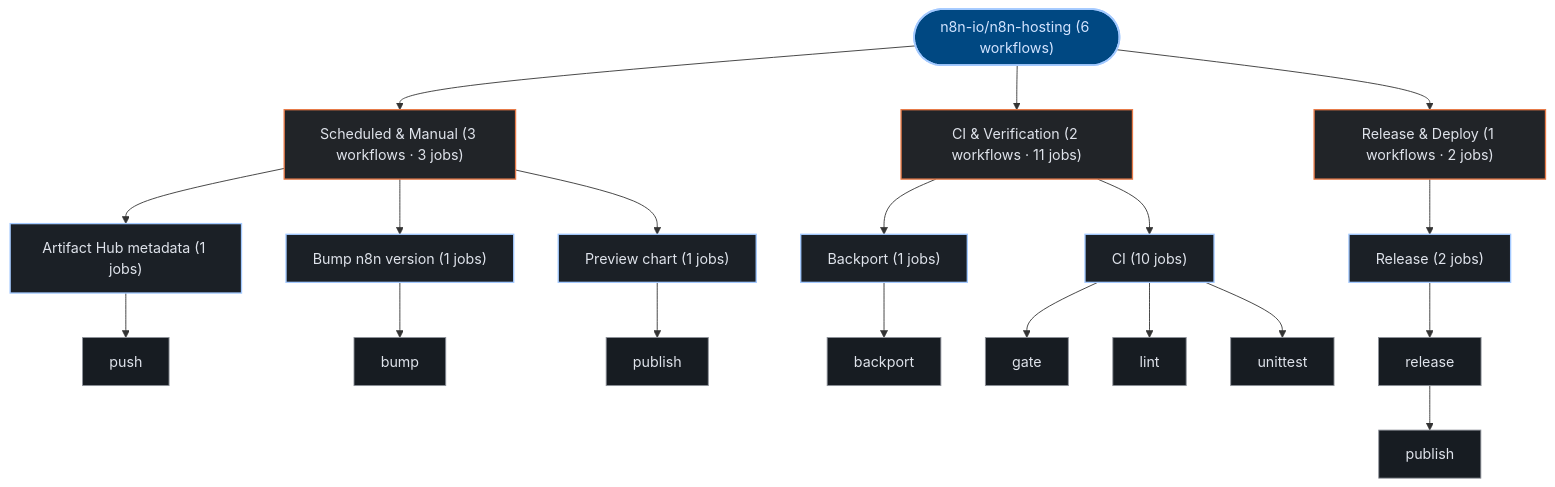
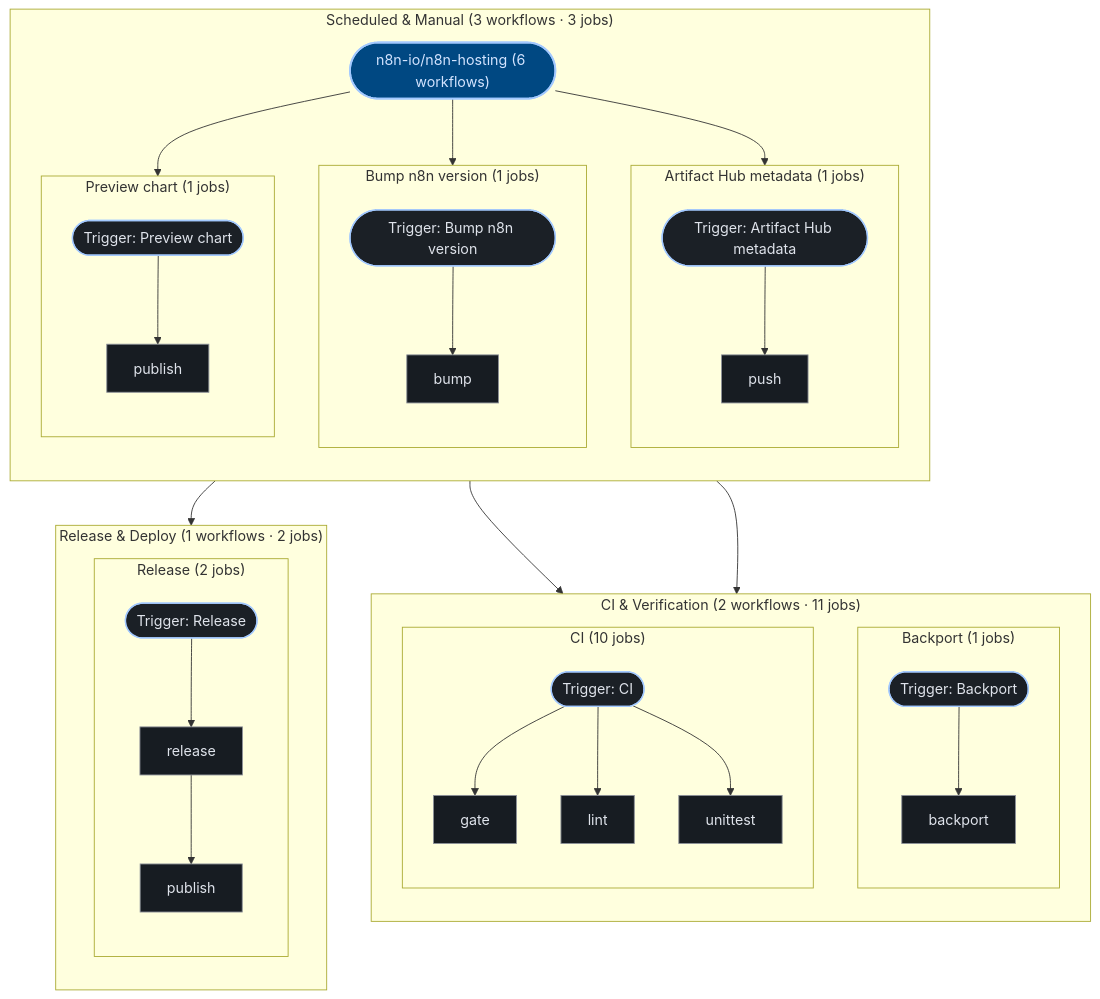
Before and after one commit to kumarshaz/atruss-code-atlas: the third of 3 diagrams in exports/latest/reports/n8n-io-n8n-hosting-report.md, drawn with Mermaid. The commit also changed 181 other files, not shown here.

````diff
--- a/exports/latest/reports/n8n-io-n8n-hosting-report.md
+++ b/exports/latest/reports/n8n-io-n8n-hosting-report.md
@@ -297,47 +297,68 @@
 ```mermaid
 graph TD;
   classDef atlasRoot fill:#004882,stroke:#a3c9ff,stroke-width:2px,color:#d3e4ff
   classDef atlasCategory fill:#212428,stroke:#E87A48,stroke-width:1.5px,color:#dfe3eb
   classDef atlasWorkflow fill:#1b2026,stroke:#a3c9ff,stroke-width:1.5px,color:#dfe3eb
   classDef atlasJob fill:#171c22,stroke:#8d9199,stroke-width:1px,color:#dfe3eb
   classDef atlasTarget fill:#005227,stroke:#8bd99b,stroke-width:1.5px,color:#a7f6b6
   classDef atlasAlert fill:#93000a,stroke:#ffb4ab,stroke-width:1.5px,color:#ffdad6
   classDef atlasMore fill:#252a31,stroke:#8d9199,stroke-dasharray:4 4,color:#c3c6cf
   pipeline_root(["n8n-io/n8n-hosting (6 workflows)"]):::atlasRoot
-  grp_0_Scheduled___Manual["Scheduled & Manual (3 workflows · 3 jobs)"]:::atlasCategory
-  pipeline_root --> grp_0_Scheduled___Manual
-  wf_0_Artifact_Hub_metadata["Artifact Hub metadata (1 jobs)"]:::atlasWorkflow
-  grp_0_Scheduled___Manual --> wf_0_Artifact_Hub_metadata
-  job_0_push["push"]:::atlasJob
-  wf_0_Artifact_Hub_metadata --> job_0_push
-  wf_2_Bump_n8n_version["Bump n8n version (1 jobs)"]:::atlasWorkflow
-  grp_0_Scheduled___Manual --> wf_2_Bump_n8n_version
-  job_2_bump["bump"]:::atlasJob
-  wf_2_Bump_n8n_version --> job_2_bump
-  wf_4_Preview_chart["Preview chart (1 jobs)"]:::atlasWorkflow
-  grp_0_Scheduled___Manual --> wf_4_Preview_chart
-  job_4_publish["publish"]:::atlasJob
-  wf_4_Preview_chart --> job_4_publish
-  grp_1_CI___Verification["CI & Verification (2 workflows · 11 jobs)"]:::atlasCategory
-  pipeline_root --> grp_1_CI___Verification
-  wf_1_Backport["Backport (1 jobs)"]:::atlasWorkflow
-  grp_1_CI___Verification --> wf_1_Backport
-  job_1_backport["backport"]:::atlasJob
-  wf_1_Backport --> job_1_backport
-  wf_3_CI["CI (10 jobs)"]:::atlasWorkflow
-  grp_1_CI___Verification --> wf_3_CI
-  job_3_gate["gate"]:::atlasJob
-  job_3_lint["lint"]:::atlasJob
-  job_3_unittest["unittest"]:::atlasJob
-  wf_3_CI --> job_3_gate
-  wf_3_CI --> job_3_lint
-  wf_3_CI --> job_3_unittest
-  grp_2_Release___Deploy["Release & Deploy (1 workflows · 2 jobs)"]:::atlasCategory
-  pipeline_root --> grp_2_Release___Deploy
-  wf_5_Release["Release (2 jobs)"]:::atlasWorkflow
-  grp_2_Release___Deploy --> wf_5_Release
-  job_5_release["release"]:::atlasJob
-  job_5_publish["publish"]:::atlasJob
-  wf_5_Release --> job_5_release
-  job_5_release --> job_5_publish
+  subgraph sg_grp_0_Scheduled___Manual["Scheduled & Manual (3 workflows · 3 jobs)"]
+    direction TB
+    subgraph sg_wf_0_Artifact_Hub_metadata["Artifact Hub metadata (1 jobs)"]
+      direction TB
+      wf_0_Artifact_Hub_metadata(["Trigger: Artifact Hub metadata"]):::atlasWorkflow
+      job_0_push["push"]:::atlasJob
+      wf_0_Artifact_Hub_metadata --> job_0_push
+    end
+    pipeline_root --> wf_0_Artifact_Hub_metadata
+    subgraph sg_wf_2_Bump_n8n_version["Bump n8n version (1 jobs)"]
+      direction TB
+      wf_2_Bump_n8n_version(["Trigger: Bump n8n version"]):::atlasWorkflow
+      job_2_bump["bump"]:::atlasJob
+      wf_2_Bump_n8n_version --> job_2_bump
+    end
+    pipeline_root --> wf_2_Bump_n8n_version
+    subgraph sg_wf_4_Preview_chart["Preview chart (1 jobs)"]
+      direction TB
+      wf_4_Preview_chart(["Trigger: Preview chart"]):::atlasWorkflow
+      job_4_publish["publish"]:::atlasJob
+      wf_4_Preview_chart --> job_4_publish
+    end
+    pipeline_root --> wf_4_Preview_chart
+  end
+  subgraph sg_grp_1_CI___Verification["CI & Verification (2 workflows · 11 jobs)"]
+    direction TB
+    subgraph sg_wf_1_Backport["Backport (1 jobs)"]
+      direction TB
+      wf_1_Backport(["Trigger: Backport"]):::atlasWorkflow
+      job_1_backport["backport"]:::atlasJob
+      wf_1_Backport --> job_1_backport
+    end
+    pipeline_root --> wf_1_Backport
+    subgraph sg_wf_3_CI["CI (10 jobs)"]
+      direction TB
+      wf_3_CI(["Trigger: CI"]):::atlasWorkflow
+      job_3_gate["gate"]:::atlasJob
+      job_3_lint["lint"]:::atlasJob
+      job_3_unittest["unittest"]:::atlasJob
+      wf_3_CI --> job_3_gate
+      wf_3_CI --> job_3_lint
+      wf_3_CI --> job_3_unittest
+    end
+    pipeline_root --> wf_3_CI
+  end
+  subgraph sg_grp_2_Release___Deploy["Release & Deploy (1 workflows · 2 jobs)"]
+    direction TB
+    subgraph sg_wf_5_Release["Release (2 jobs)"]
+      direction TB
+      wf_5_Release(["Trigger: Release"]):::atlasWorkflow
+      job_5_release["release"]:::atlasJob
+      job_5_publish["publish"]:::atlasJob
+      wf_5_Release --> job_5_release
+      job_5_release --> job_5_publish
+    end
+    pipeline_root --> wf_5_Release
+  end
 ```
````
